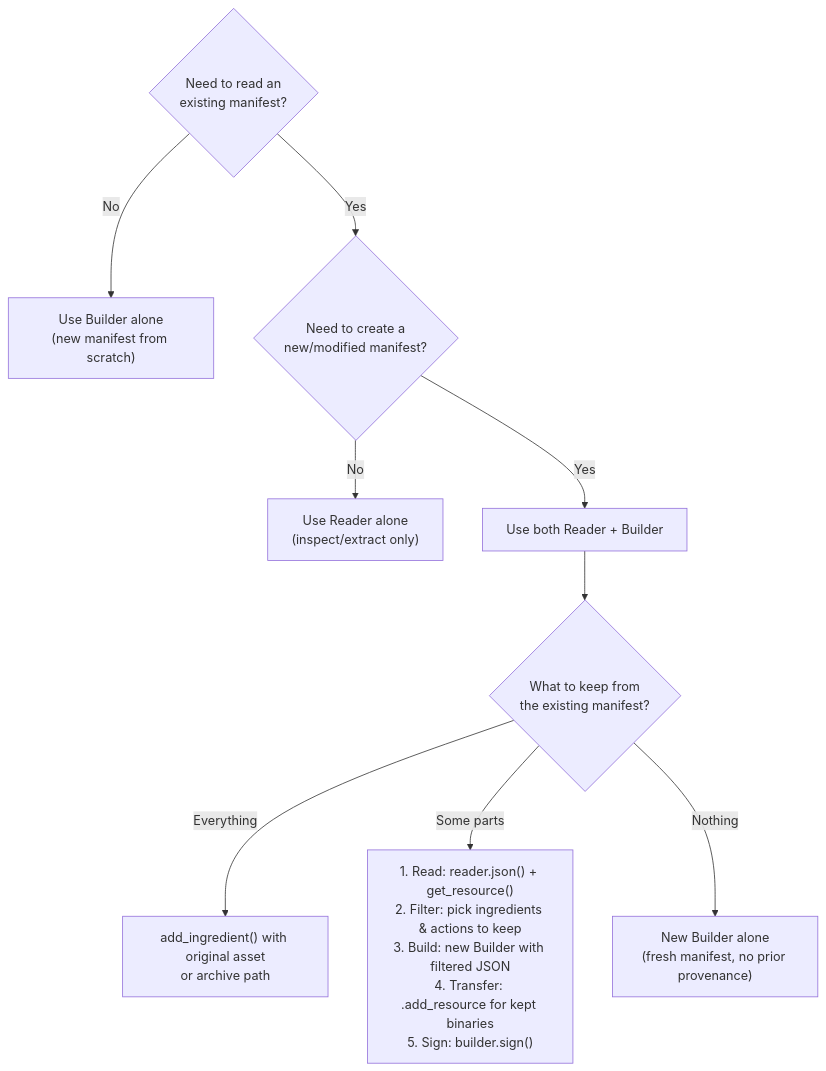
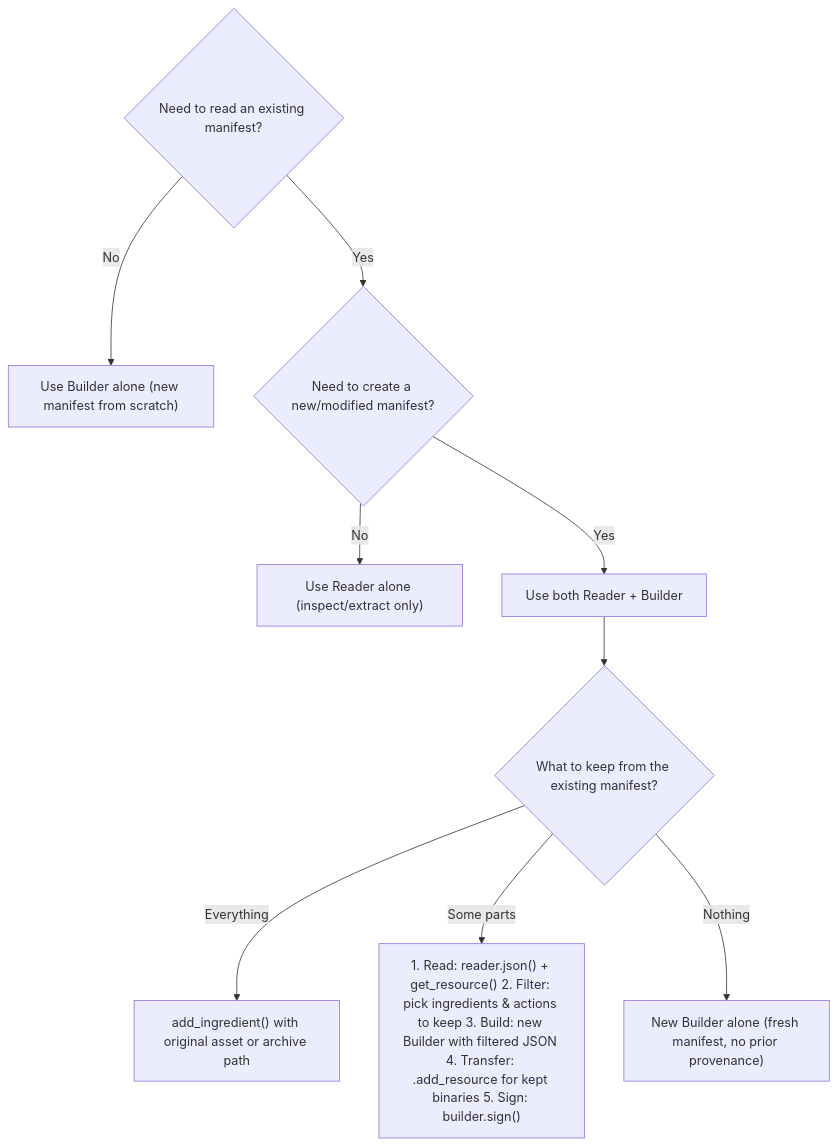
One commit to contentauth/c2pa-c changed the ninth of 9 diagrams in docs/selective-manifests.md. Above: the diagram before and after it, drawn with Mermaid. The commit also changed other lines of this file, not shown here.

````diff
--- a/docs/selective-manifests.md
+++ b/docs/selective-manifests.md
@@ -1184,12 +1184,12 @@
 ```mermaid
 flowchart TD
-    Q1{Need to read an\nexisting manifest?}
-    Q1 -->|No| USE_B["Use Builder alone\n(new manifest from scratch)"]
-    Q1 -->|Yes| Q2{Need to create a\nnew/modified manifest?}
-    Q2 -->|No| USE_R["Use Reader alone\n(inspect/extract only)"]
+    Q1{Need to read an existing manifest?}
+    Q1 -->|No| USE_B["Use Builder alone (new manifest from scratch)"]
+    Q1 -->|Yes| Q2{Need to create a new/modified manifest?}
+    Q2 -->|No| USE_R["Use Reader alone (inspect/extract only)"]
     Q2 -->|Yes| USE_BR[Use both Reader + Builder]
-    USE_BR --> Q3{What to keep from\nthe existing manifest?}
-    Q3 -->|Everything| P1["add_ingredient() with original asset\nor archive path"]
-    Q3 -->|Some parts| P2["1. Read: reader.json() + get_resource()\n2. Filter: pick ingredients & actions to keep\n3. Build: new Builder with filtered JSON\n4. Transfer: .add_resource for kept binaries\n5. Sign: builder.sign()"]
-    Q3 -->|Nothing| P3["New Builder alone\n(fresh manifest, no prior provenance)"]
+    USE_BR --> Q3{What to keep from the existing manifest?}
+    Q3 -->|Everything| P1["add_ingredient() with original asset or archive path"]
+    Q3 -->|Some parts| P2["1. Read: reader.json() + get_resource() 2. Filter: pick ingredients & actions to keep 3. Build: new Builder with filtered JSON 4. Transfer: .add_resource for kept binaries 5. Sign: builder.sign()"]
+    Q3 -->|Nothing| P3["New Builder alone (fresh manifest, no prior provenance)"]
 ```
````
